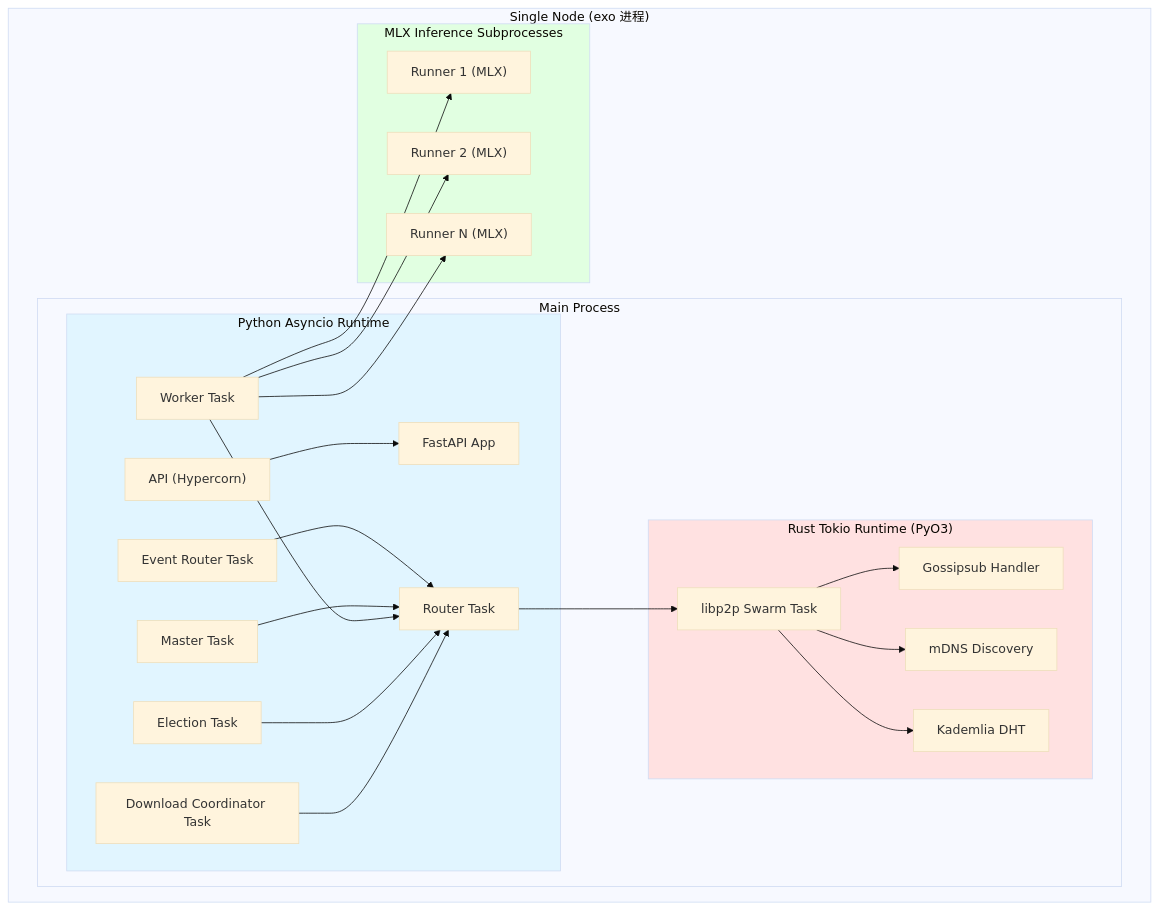
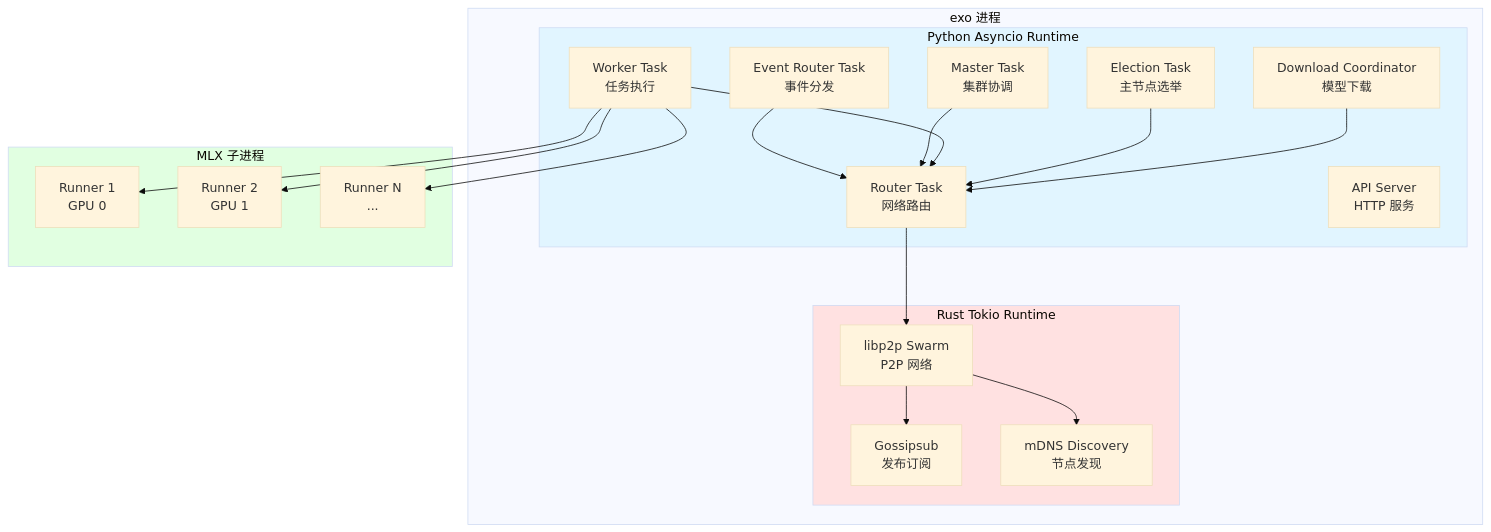
Before and after one commit to Wanger-SJTU/wanger-sjtu.github.io: the tenth of 33 diagrams in source/_posts/exo-4plus1.md, drawn with Mermaid (base theme). The commit also changed other lines of this file, not shown here.

````diff
--- a/source/_posts/exo-4plus1.md
+++ b/source/_posts/exo-4plus1.md
@@ -543,50 +427,44 @@
 ```mermaid
 graph TB
-    subgraph Node["Single Node (exo 进程)"]
-        subgraph MainProcess["Main Process"]
-            subgraph PythonRuntime["Python Asyncio Runtime"]
-                ROUTER_TASK["Router Task"]
-                EVENTROUTER_TASK["Event Router Task"]
-                MASTER_TASK["Master Task"]
-                WORKER_TASK["Worker Task"]
-                ELECTION_TASK["Election Task"]
-                DOWNLOAD_TASK["Download Coordinator Task"]
-                API_TASK["API (Hypercorn)"]
-                FASTAPI["FastAPI App"]
-            end
-
-            subgraph RustRuntime["Rust Tokio Runtime (PyO3)"]
-                LIBP2P_TASK["libp2p Swarm Task"]
-                GOSSIPSUB["Gossipsub Handler"]
-                MDNS["mDNS Discovery"]
-                KADEMLIA["Kademlia DHT"]
-            end
+    subgraph Process["exo 进程"]
+        subgraph PythonRuntime["Python Asyncio Runtime"]
+            RouterTask["Router Task<br/>网络路由"]
+            EventRouterTask["Event Router Task<br/>事件分发"]
+            MasterTask["Master Task<br/>集群协调"]
+            WorkerTask["Worker Task<br/>任务执行"]
+            ElectionTask["Election Task<br/>主节点选举"]
+            DownloadTask["Download Coordinator<br/>模型下载"]
+            APITask["API Server<br/>HTTP 服务"]
         end
 
-        subgraph Subprocesses["MLX Inference Subprocesses"]
-            RUNNER1["Runner 1 (MLX)"]
-            RUNNER2["Runner 2 (MLX)"]
-            RUNNERN["Runner N (MLX)"]
+        subgraph RustRuntime["Rust Tokio Runtime"]
+            Libp2pTask["libp2p Swarm<br/>P2P 网络"]
+            GossipsubTask["Gossipsub<br/>发布订阅"]
+            MDNSTask["mDNS Discovery<br/>节点发现"]
         end
     end
 
-    API_TASK --> FASTAPI
-    ROUTER_TASK --> LIBP2P_TASK
-    EVENTROUTER_TASK --> ROUTER_TASK
-    MASTER_TASK --> ROUTER_TASK
-    WORKER_TASK --> ROUTER_TASK
-    ELECTION_TASK --> ROUTER_TASK
-    DOWNLOAD_TASK --> ROUTER_TASK
+    subgraph Subprocesses["MLX 子进程"]
+        Runner1["Runner 1<br/>GPU 0"]
+        Runner2["Runner 2<br/>GPU 1"]
+        RunnerN["Runner N<br/>..."]
+    end
 
-    LIBP2P_TASK --> GOSSIPSUB
-    LIBP2P_TASK --> MDNS
-    LIBP2P_TASK --> KADEMLIA
-
-    WORKER_TASK --> RUNNER1
-    WORKER_TASK --> RUNNER2
-    WORKER_TASK --> RUNNERN
+    RouterTask --> Libp2pTask
+    EventRouterTask --> RouterTask
+    MasterTask --> RouterTask
+    WorkerTask --> RouterTask
+    ElectionTask --> RouterTask
+    DownloadTask --> RouterTask
+    
+    Libp2pTask --> GossipsubTask
+    Libp2pTask --> MDNSTask
+    
+    WorkerTask --> Runner1
+    WorkerTask --> Runner2
+    WorkerTask --> RunnerN
 
     style PythonRuntime fill:#e1f5ff
     style RustRuntime fill:#ffe1e1
     style Subprocesses fill:#e1ffe1
 ```
````
